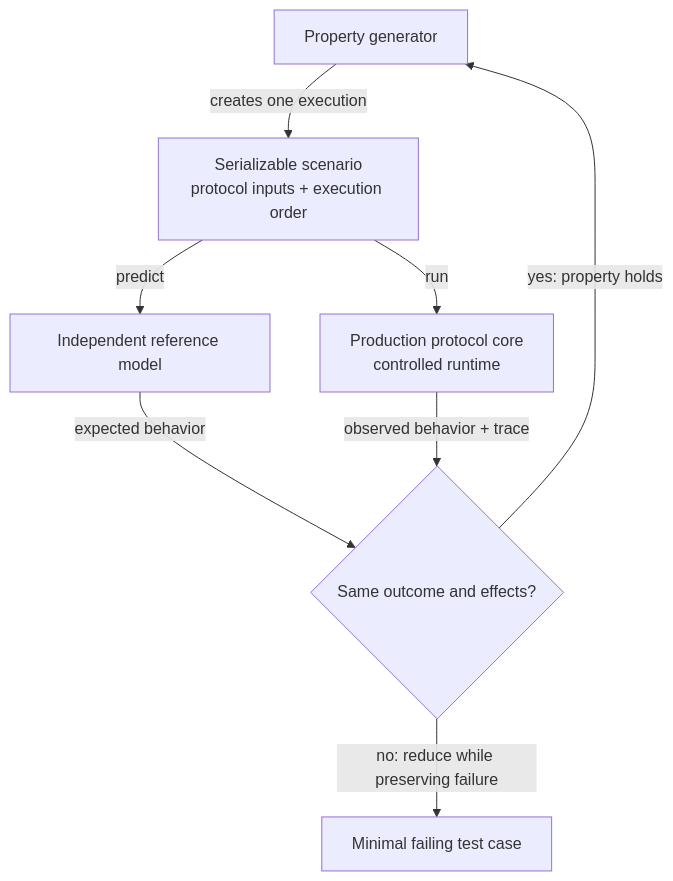
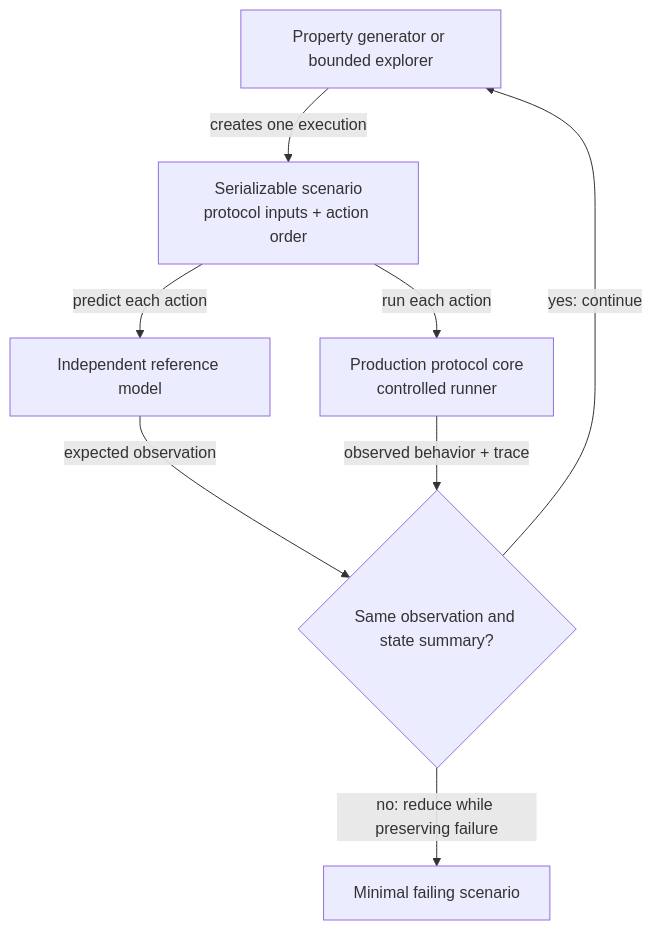
The diagram in docs/design/property-testing.md (zakura-core/zakura), drawn with Mermaid before and after one commit. The commit also changed other lines of this file and 3 other files, not shown here.

Commit message:
docs(network): define property-test message contract

````diff
--- a/docs/design/property-testing.md
+++ b/docs/design/property-testing.md
@@ -34,10 +69,10 @@
 ```mermaid
 flowchart TD
-    generator[Property generator] -->|creates one execution| scenario["Serializable scenario<br/>protocol inputs + execution order"]
-    scenario -->|predict| model[Independent reference model]
-    scenario -->|run| production["Production protocol core<br/>controlled runtime"]
-    model -->|expected behavior| oracle{Same outcome and effects?}
+    generator[Property generator or bounded explorer] -->|creates one execution| scenario["Serializable scenario<br/>protocol inputs + action order"]
+    scenario -->|predict each action| model[Independent reference model]
+    scenario -->|run each action| production["Production protocol core<br/>controlled runner"]
+    model -->|expected observation| oracle{Same observation and state summary?}
     production -->|observed behavior + trace| oracle
-    oracle -->|yes: property holds| generator
-    oracle -->|no: reduce while preserving failure| failure[Minimal failing test case]
+    oracle -->|yes: continue| generator
+    oracle -->|no: reduce while preserving failure| failure[Minimal failing scenario]
 ```
````
